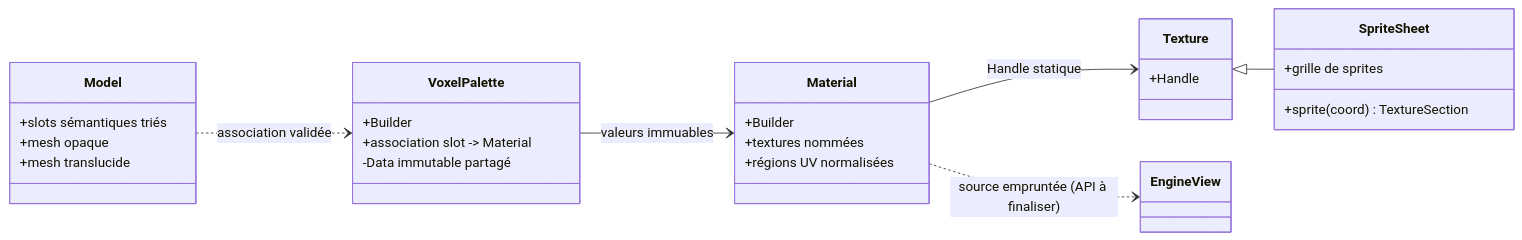
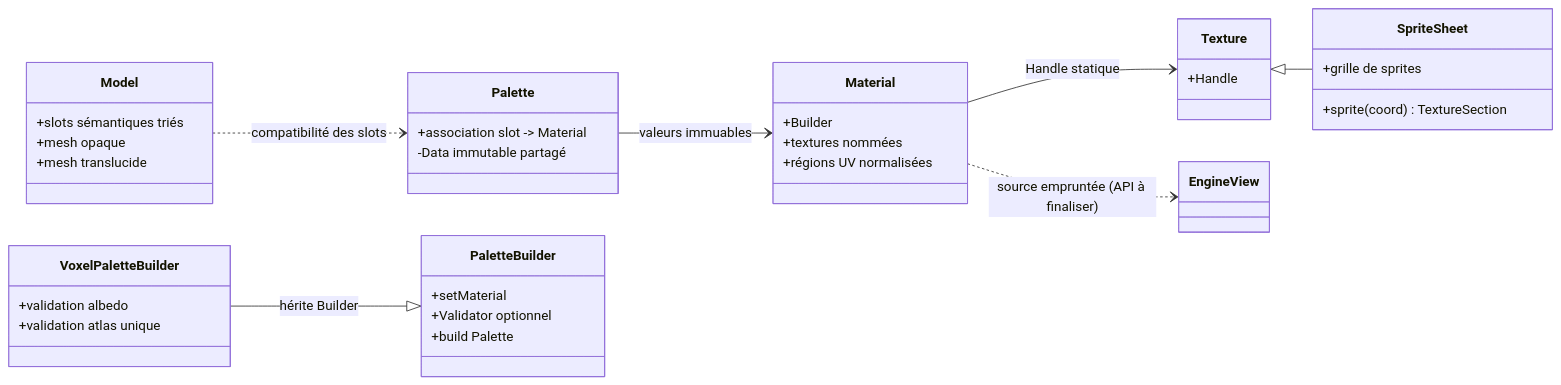
The first of 3 diagrams in docs/voxel-engine-v0.1.4/04-materiaux-textures-palettes.md (EreliaStudio/Sparkle), drawn with Mermaid before and after one commit. The commit also changed other lines of this file and 16 other files, not shown here.

Commit message:
PR-07 — Palette générique et Builder voxel avec validation (#48)

````diff
--- a/docs/voxel-engine-v0.1.4/04-materiaux-textures-palettes.md
+++ b/docs/voxel-engine-v0.1.4/04-materiaux-textures-palettes.md
@@ -7,31 +7,40 @@
 ```mermaid
 classDiagram
   direction LR
   class Material {
     +Builder
     +textures nommées
     +régions UV normalisées
   }
   class Texture {
     +Handle
   }
   class SpriteSheet {
     +sprite(coord) TextureSection
     +grille de sprites
   }
-  class VoxelPalette {
-    +Builder
+  class Palette {
     +association slot -> Material
     -Data immutable partagé
+  }
+  class PaletteBuilder {
+    +setMaterial
+    +Validator optionnel
+    +build Palette
+  }
+  class VoxelPaletteBuilder {
+    +validation albedo
+    +validation atlas unique
   }
   class Model {
     +slots sémantiques triés
     +mesh opaque
     +mesh translucide
   }
   Texture <|-- SpriteSheet
   Material --> Texture : Handle statique
   Material ..> EngineView : source empruntée (API à finaliser)
-  VoxelPalette --> Material : valeurs immuables
-  Model ..> VoxelPalette : association validée
+  VoxelPaletteBuilder --|> PaletteBuilder : hérite Builder
+  Palette --> Material : valeurs immuables
+  Model ..> Palette : compatibilité des slots
 ```
````
